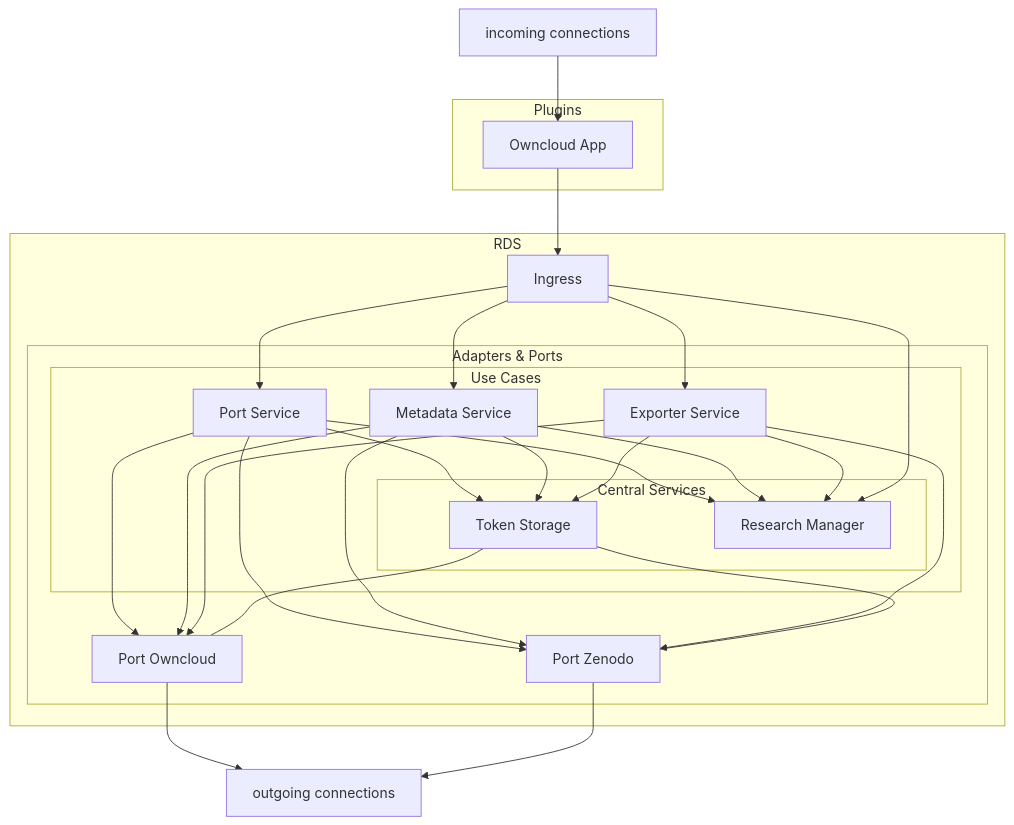
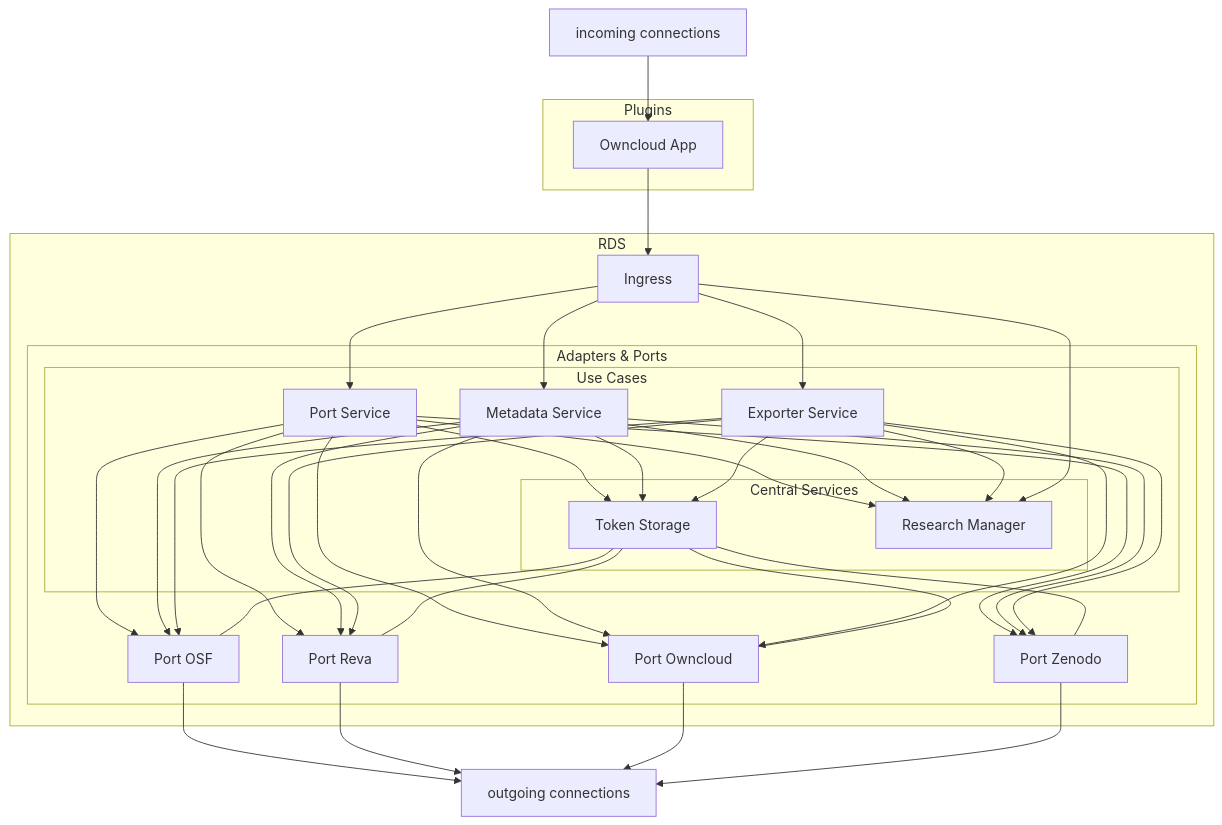
The diagram in docs/content/doc/impl/infrastructure/ecosystem.md (Sciebo-RDS/Sciebo-RDS), drawn with Mermaid before and after one commit.

Commit message:
add missing ports in ecosystem

````diff
--- a/docs/content/doc/impl/infrastructure/ecosystem.md
+++ b/docs/content/doc/impl/infrastructure/ecosystem.md
@@ -18,66 +18,72 @@
 ```mermaid
 graph TD;
   %% define nodes
 
   subgraph Plugins
       OP[Owncloud App]
   end
 
 
   subgraph RDS
     Ingress
 
     subgraph Adapters & Ports
       %% SPAEx[SPA Exporter]
       %% SPATS[SPA Token Storage]
 
       PInvenio[Port Zenodo]
       POwncloud[Port Owncloud]
+      POSF[Port OSF]
+      PReva[Port Reva]
 
       subgraph Use Cases
         UCExporter[Exporter Service]
         UCPort[Port Service]
         UCMetadata[Metadata Service]
         %% UCProject[Project Service]
 
         subgraph Central Services
           CSToken[Token Storage]
           CSProject[Research Manager]
         end
       end
     end
   end
 
   WWWI[incoming connections]
   WWWO[outgoing connections]
 
   click OP "/doc/impl/plugins/owncloud/"
 
   click PInvenio "/doc/impl/ports/port-invenio"
   click POwncloud "/doc/impl/ports/port-storage"
+  click PReva "/doc/impl/ports/port-reva"
+  click POSF "/doc/impl/ports/port-osf"
 
   click UCPort "/doc/impl/use-cases/port-service"
   click UCExporter "/doc/impl/use-cases/exporter"
   click UCMetadata "/doc/impl/use-cases/metadata"
 
   click CSProject "/doc/impl/central/research-manager"
   click CSToken ""/doc/impl/central/token-storage""
 
   %% define connections
   WWWI --> OP
   OP --> Ingress
 
   %% Ingress --> SPAEx --> UCExporter
   %% Ingress --> SPATS --> CSToken
   %% Ingress -->|Nur für die Registration von neuen Tokens| ARegister
   Ingress --> CSProject & UCExporter & UCMetadata & UCPort
 
   %% UCExporter --> UCProject
   %% UCProject --> CSProject
 
-  CSToken --- PInvenio & POwncloud
-  UCExporter & UCMetadata & UCPort --> PInvenio & POwncloud & CSProject & CSToken
+  CSToken --- PInvenio & POwncloud & PReva & POSF
+  UCExporter & UCMetadata & UCPort --> PInvenio & POwncloud & PReva & POSF & CSProject & CSToken
 
   PInvenio --> WWWO
   POwncloud --> WWWO
+  PReva --> WWWO
+  POSF --> WWWO
 ```
````
